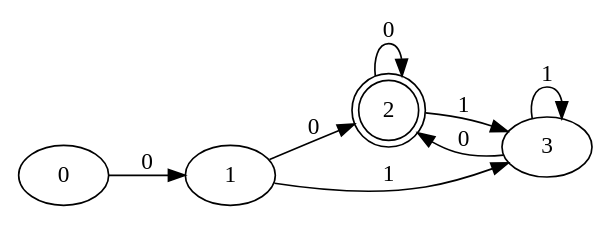
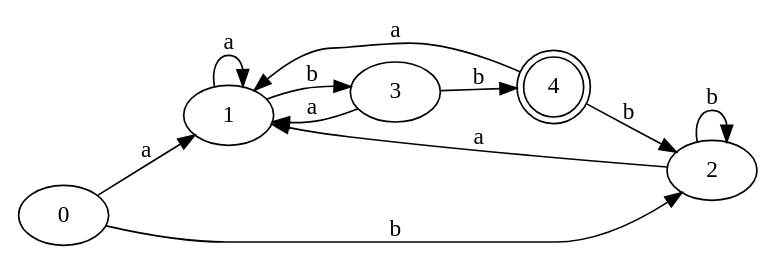
Before and after one commit to jua16073/lenguajes_proy1: the diagram in test-output/dfa_set.gv, drawn with Graphviz. The commit also changed 9 other files, not shown here.

```diff
--- a/test-output/dfa_set.gv
+++ b/test-output/dfa_set.gv
@@ -1,14 +1,18 @@
 digraph Automata {
 	rankdir=LR
 	0 [label=0]
-	0 -> 1 [label=0]
+	0 -> 1 [label=a]
+	0 -> 2 [label=b]
 	1 [label=1]
-	1 -> 2 [label=0]
-	1 -> 3 [label=1]
-	2 [label=2 shape=doublecircle]
-	2 -> 2 [label=0]
-	2 -> 3 [label=1]
+	1 -> 1 [label=a]
+	1 -> 3 [label=b]
+	2 [label=2]
+	2 -> 1 [label=a]
+	2 -> 2 [label=b]
 	3 [label=3]
-	3 -> 2 [label=0]
-	3 -> 3 [label=1]
+	3 -> 1 [label=a]
+	3 -> 4 [label=b]
+	4 [label=4 shape=doublecircle]
+	4 -> 1 [label=a]
+	4 -> 2 [label=b]
 }
```
